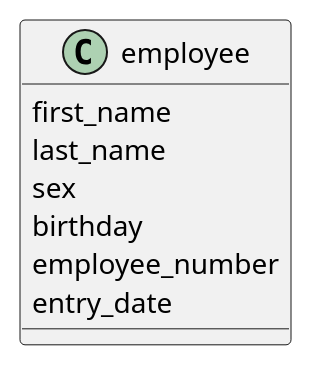
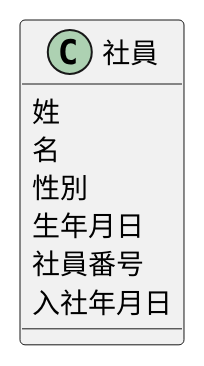
One commit to yinm/uml-modeling-lesson changed the diagram in ch02/excercise/2-1.puml. Above: the diagram before and after it, drawn with PlantUML. The commit also changed 3 other files, not shown here.

```diff
--- a/ch02/excercise/2-1.puml
+++ b/ch02/excercise/2-1.puml
@@ -1,12 +1,12 @@
 @startuml
 
-class employee {
-  first_name
-  last_name
-  sex
-  birthday
-  employee_number
-  entry_date
+class 社員 {
+  姓
+  名
+  性別
+  生年月日
+  社員番号
+  入社年月日
 }
 
 @enduml
```
